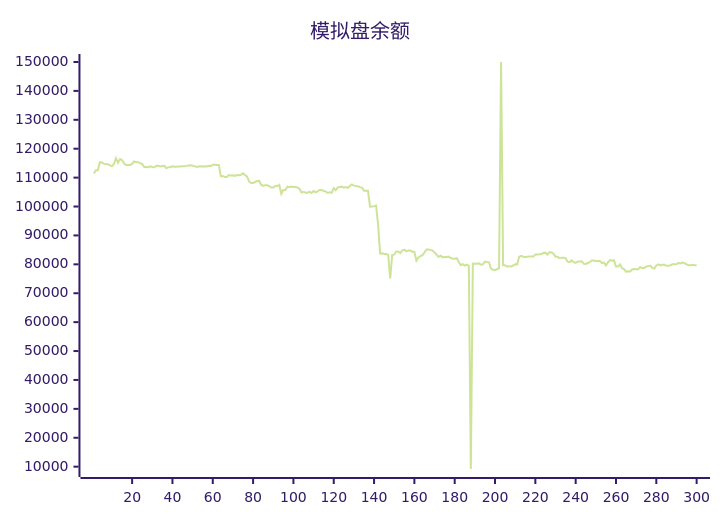
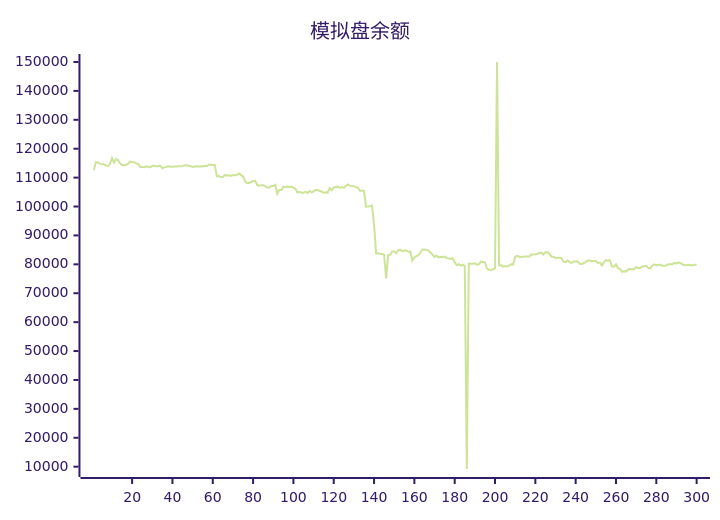
Before and after one commit to aahl/ai-trading: the diagram in README.md, drawn with Mermaid (forest theme). The commit also changed other lines of this file and 1 other file, not shown here.

````diff
--- a/README.md
+++ b/README.md
@@ -5,5 +5,5 @@
 ```mermaid
 xychart
     title "模拟盘余额"
-    line [111421,112518,112522,115341,115266,114830,114584,114588,114231,113973,114726,116697,115160,116423,116083,114950,114365,114365,114388,114730,115582,115358,115358,115032,114686,113688,113688,113610,113930,113672,113585,114083,114074,113840,113996,114051,113208,113593,113701,113901,113794,113784,113810,113848,113927,113929,114064,114232,114293,114144,113960,113698,113853,113942,113812,113908,113877,114091,113998,114427,114422,114384,114384,110477,110576,110198,110198,110890,110712,110812,110569,110929,110847,110968,111478,110870,110433,108661,108116,108115,108485,108797,108877,107536,107134,107393,107393,107046,106565,106565,107081,107081,107478,104404,105715,105749,106866,106651,106889,106771,106816,106565,106141,104876,105103,104796,104734,105169,104690,105380,104941,105272,105709,105739,105374,105227,104691,104924,104762,106364,105628,106608,106748,106872,106485,106721,106468,107132,107620,107224,107080,107001,106717,106567,105431,105431,105440,99950,100017,100113,100337,93749,83795,83807,83567,83567,83342,75168,83222,83336,84448,84449,83896,84839,85065,84499,84757,84757,84364,84347,81254,82385,82835,83184,84099,85150,85150,85002,84751,84096,83356,82582,82983,82404,82572,82512,82688,82200,82047,81920,82125,80840,79688,80060,79552,79920,79470,9193,80236,80208,80170,80336,79894,80006,80954,80837,80712,78561,78139,78037,78293,78682,150000,79720,79720,79214,79372,79279,79591,80046,79993,82625,82950,82626,82571,82633,82670,82670,82681,83386,83378,83464,83579,83920,84037,83402,84160,84142,83652,82655,82655,82145,82315,82243,82163,80934,80770,81371,80742,80468,80989,80989,81067,80191,80155,80450,80737,81309,81309,81106,81119,81119,80471,80631,79624,80670,81448,81290,81429,79212,79222,79940,78643,78380,77432,77623,77504,78235,78358,78284,78277,79048,78714,78714,79290,79308,79567,78763,78563,79603,79988,79652,79813,79813,79476,79469,79673,79995,80015,80015,80486,80314,80600,80436,79966,79689,79689,79819,79692,79692]
+    line [112522,115341,115266,114830,114584,114588,114231,113973,114726,116697,115160,116423,116083,114950,114365,114365,114388,114730,115582,115358,115358,115032,114686,113688,113688,113610,113930,113672,113585,114083,114074,113840,113996,114051,113208,113593,113701,113901,113794,113784,113810,113848,113927,113929,114064,114232,114293,114144,113960,113698,113853,113942,113812,113908,113877,114091,113998,114427,114422,114384,114384,110477,110576,110198,110198,110890,110712,110812,110569,110929,110847,110968,111478,110870,110433,108661,108116,108115,108485,108797,108877,107536,107134,107393,107393,107046,106565,106565,107081,107081,107478,104404,105715,105749,106866,106651,106889,106771,106816,106565,106141,104876,105103,104796,104734,105169,104690,105380,104941,105272,105709,105739,105374,105227,104691,104924,104762,106364,105628,106608,106748,106872,106485,106721,106468,107132,107620,107224,107080,107001,106717,106567,105431,105431,105440,99950,100017,100113,100337,93749,83795,83807,83567,83567,83342,75168,83222,83336,84448,84449,83896,84839,85065,84499,84757,84757,84364,84347,81254,82385,82835,83184,84099,85150,85150,85002,84751,84096,83356,82582,82983,82404,82572,82512,82688,82200,82047,81920,82125,80840,79688,80060,79552,79920,79470,9193,80236,80208,80170,80336,79894,80006,80954,80837,80712,78561,78139,78037,78293,78682,150000,79720,79720,79214,79372,79279,79591,80046,79993,82625,82950,82626,82571,82633,82670,82670,82681,83386,83378,83464,83579,83920,84037,83402,84160,84142,83652,82655,82655,82145,82315,82243,82163,80934,80770,81371,80742,80468,80989,80989,81067,80191,80155,80450,80737,81309,81309,81106,81119,81119,80471,80631,79624,80670,81448,81290,81429,79212,79222,79940,78643,78380,77432,77623,77504,78235,78358,78284,78277,79048,78714,78714,79290,79308,79567,78763,78563,79603,79988,79652,79813,79813,79476,79469,79673,79995,80015,80015,80486,80314,80600,80436,79966,79689,79689,79819,79692,79692,79850,79850]
 ```
````
